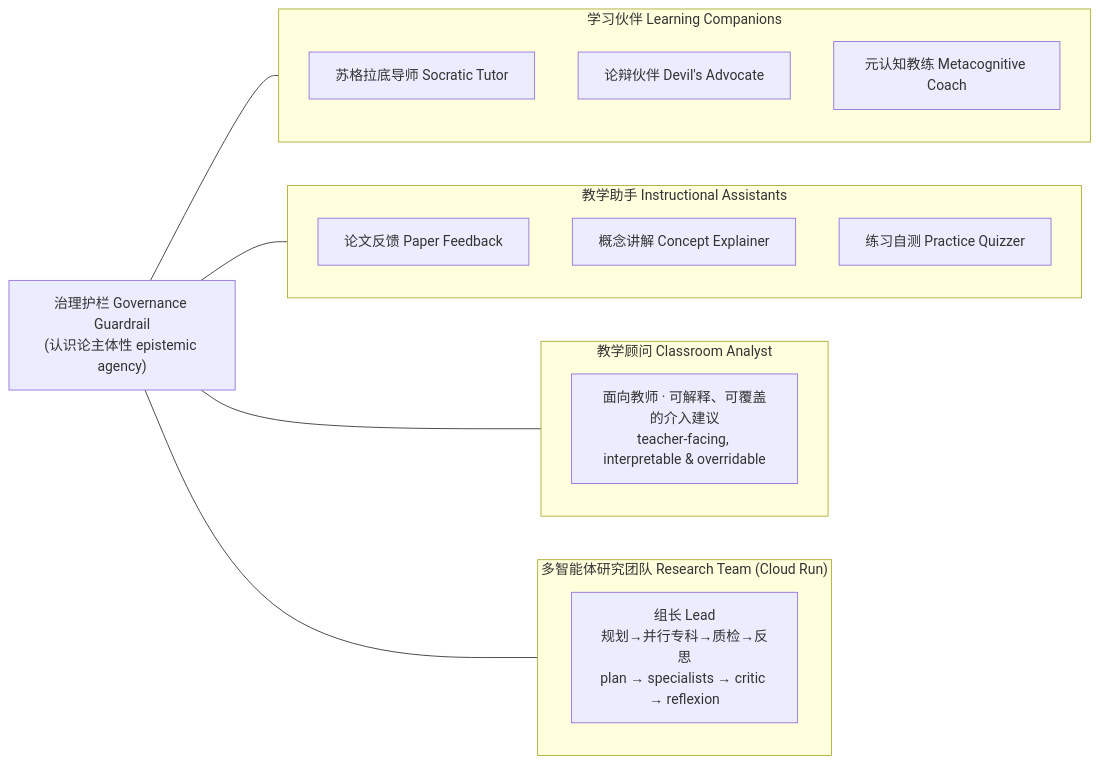
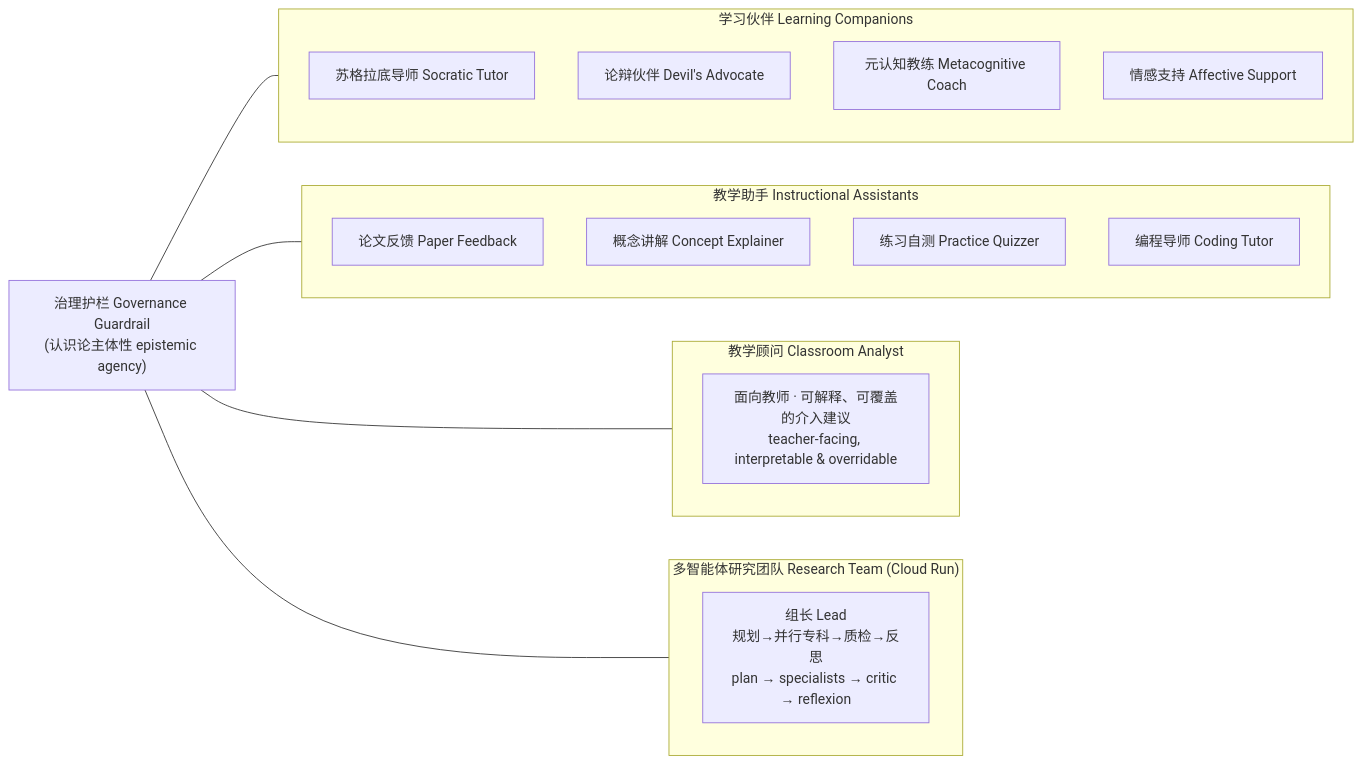
The second of 4 diagrams in README.md (Youn-17/AI_academic_tutor), drawn with Mermaid before and after one commit. The commit also changed other lines of this file and 13 other files, not shown here.

````diff
--- a/README.md
+++ b/README.md
@@ -70,24 +70,26 @@
 ```mermaid
 flowchart LR
     G["治理护栏 Governance Guardrail<br/>(认识论主体性 epistemic agency)"]
     subgraph LC["学习伙伴 Learning Companions"]
         S["苏格拉底导师 Socratic Tutor"]
         D["论辩伙伴 Devil's Advocate"]
         M["元认知教练 Metacognitive Coach"]
+        AF["情感支持 Affective Support"]
     end
     subgraph IA["教学助手 Instructional Assistants"]
         P["论文反馈 Paper Feedback"]
         C["概念讲解 Concept Explainer"]
         Q["练习自测 Practice Quizzer"]
+        CD["编程导师 Coding Tutor"]
     end
     subgraph CA["教学顾问 Classroom Analyst"]
         A["面向教师 · 可解释、可覆盖的介入建议<br/>teacher-facing, interpretable & overridable"]
     end
     subgraph RT["多智能体研究团队 Research Team (Cloud Run)"]
         O["组长 Lead<br/>规划→并行专科→质检→反思<br/>plan → specialists → critic → reflexion"]
     end
     G --- LC
     G --- IA
     G --- CA
     G --- RT
 ```
````
